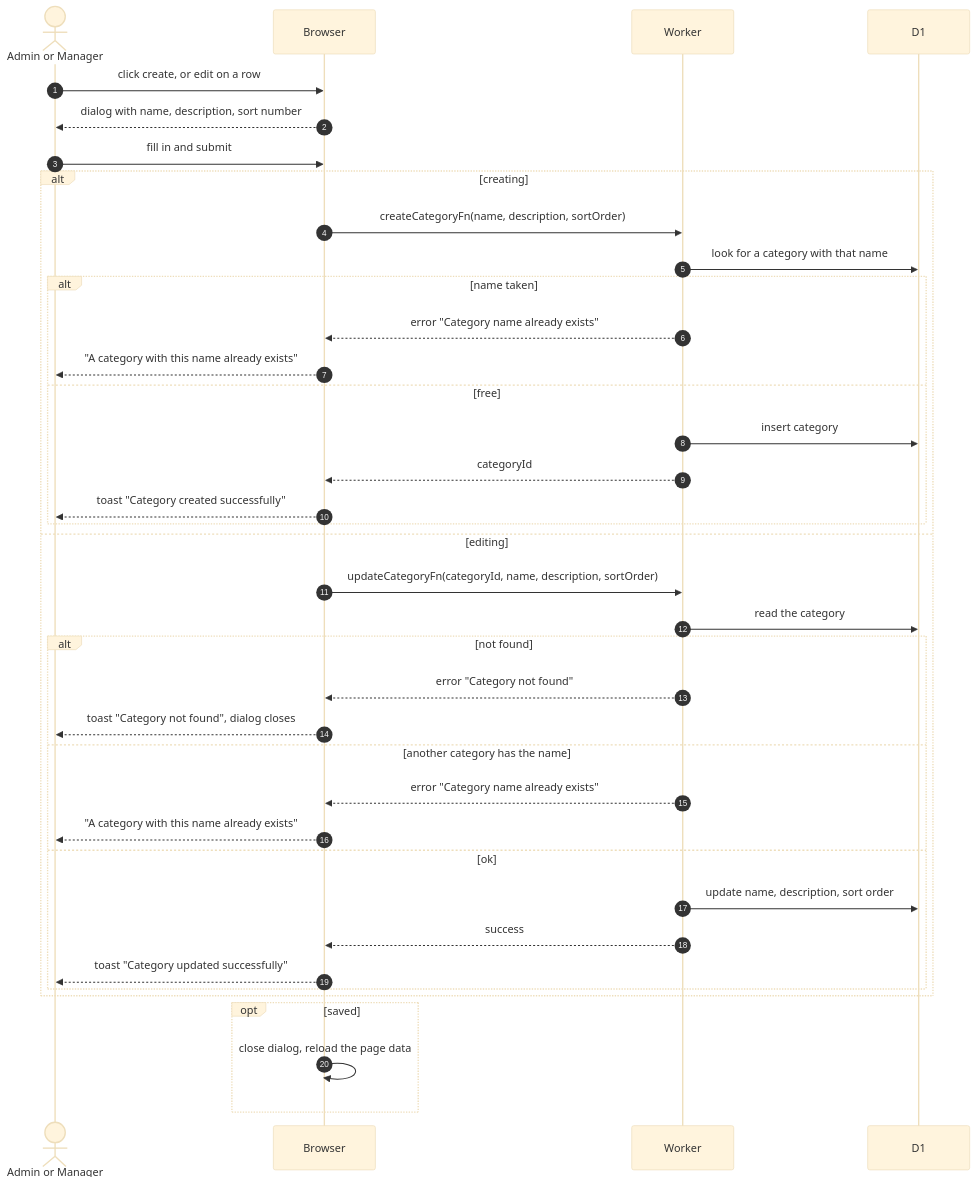
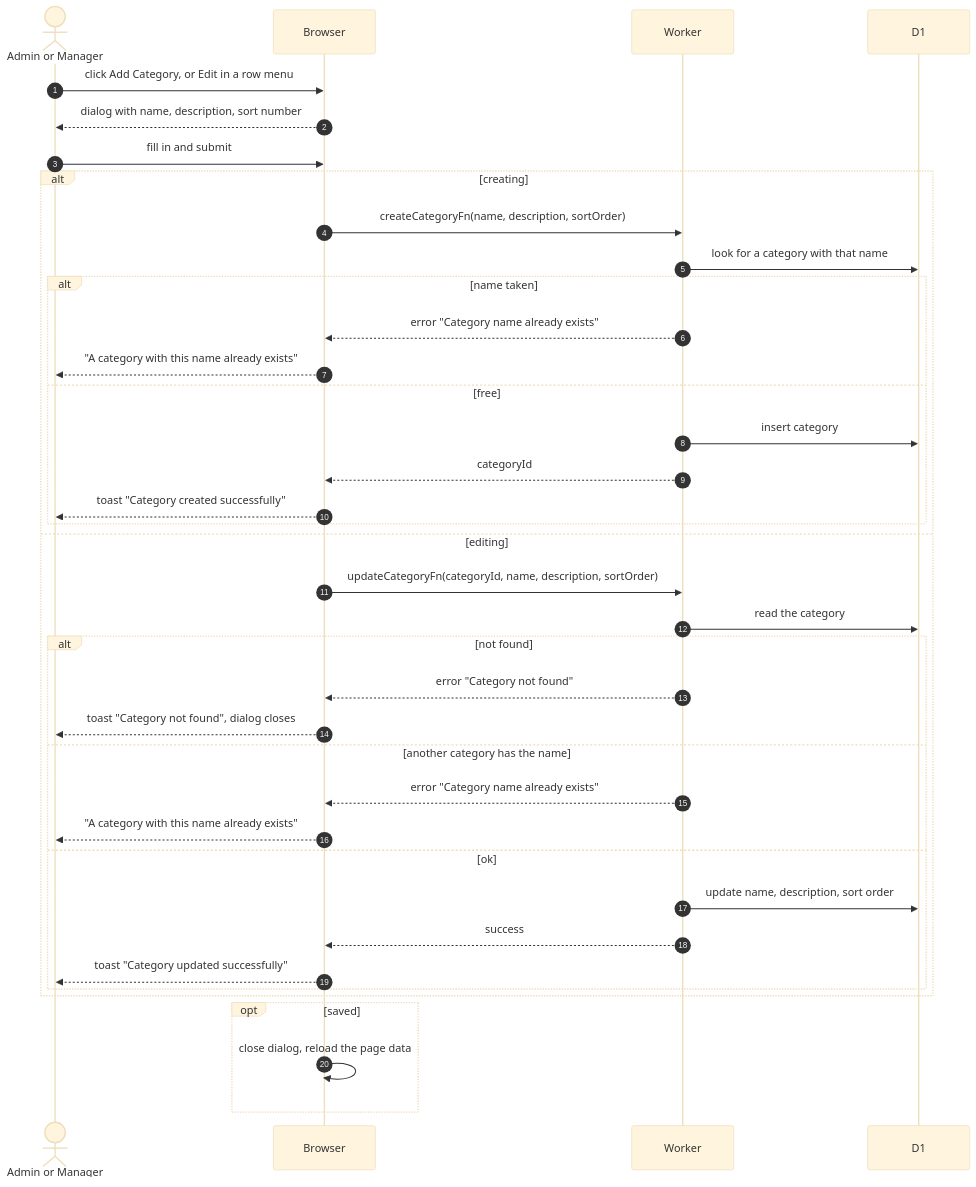
Before and after one commit to sagyzdop/meriksirat: the diagram in docs/scenarios/admin/create-edit-category.md, drawn with Mermaid (base theme). The commit also changed other lines of this file and 24 other files, not shown here.

Commit message:
docs(scenarios): verify admin diagrams against the code

````diff
--- a/docs/scenarios/admin/create-edit-category.md
+++ b/docs/scenarios/admin/create-edit-category.md
@@ -14,41 +14,41 @@
 ```mermaid
 sequenceDiagram
     autonumber
     actor Person as Admin or Manager
     participant Browser
     participant Worker
     participant D1
 
-    Person->>Browser: click create, or edit on a row
+    Person->>Browser: click Add Category, or Edit in a row menu
     Browser-->>Person: dialog with name, description, sort number
     Person->>Browser: fill in and submit
     alt creating
         Browser->>Worker: createCategoryFn(name, description, sortOrder)
         Worker->>D1: look for a category with that name
         alt name taken
             Worker-->>Browser: error "Category name already exists"
             Browser-->>Person: "A category with this name already exists"
         else free
             Worker->>D1: insert category
             Worker-->>Browser: categoryId
             Browser-->>Person: toast "Category created successfully"
         end
     else editing
         Browser->>Worker: updateCategoryFn(categoryId, name, description, sortOrder)
         Worker->>D1: read the category
         alt not found
             Worker-->>Browser: error "Category not found"
             Browser-->>Person: toast "Category not found", dialog closes
         else another category has the name
             Worker-->>Browser: error "Category name already exists"
             Browser-->>Person: "A category with this name already exists"
         else ok
             Worker->>D1: update name, description, sort order
             Worker-->>Browser: success
             Browser-->>Person: toast "Category updated successfully"
         end
     end
     opt saved
         Browser->>Browser: close dialog, reload the page data
     end
 ```
````
